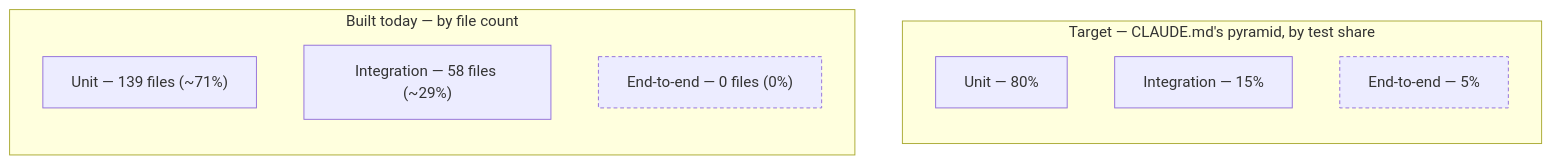
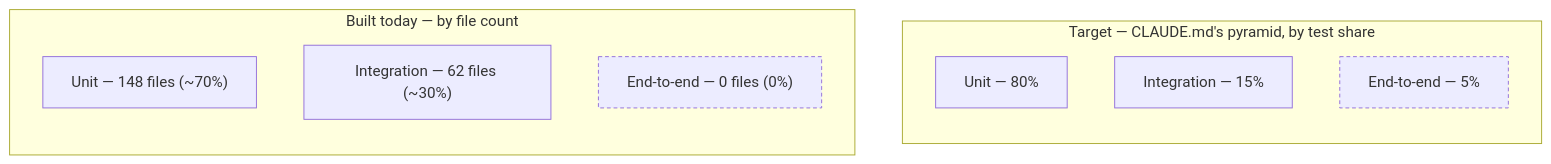
The diagram in docs/testing/TESTING.md (aaronrmDev/AI-AUGMENTED-GENERATION), drawn with Mermaid before and after one commit. The commit also changed other lines of this file and 8 other files, not shown here.

````diff
--- a/docs/testing/TESTING.md
+++ b/docs/testing/TESTING.md
@@ -15,17 +15,17 @@
 ```mermaid
 flowchart TB
     subgraph Target["Target — CLAUDE.md's pyramid, by test share"]
         direction TB
         TU["Unit — 80%"]
         TI["Integration — 15%"]
         TE["End-to-end — 5%"]
     end
     subgraph Actual["Built today — by file count"]
         direction TB
-        AU["Unit — 139 files (~71%)"]
-        AI["Integration — 58 files (~29%)"]
+        AU["Unit — 148 files (~70%)"]
+        AI["Integration — 62 files (~30%)"]
         AE["End-to-end — 0 files (0%)"]
     end
     style TE stroke-dasharray: 4 3
     style AE stroke-dasharray: 4 3
 ```
````
